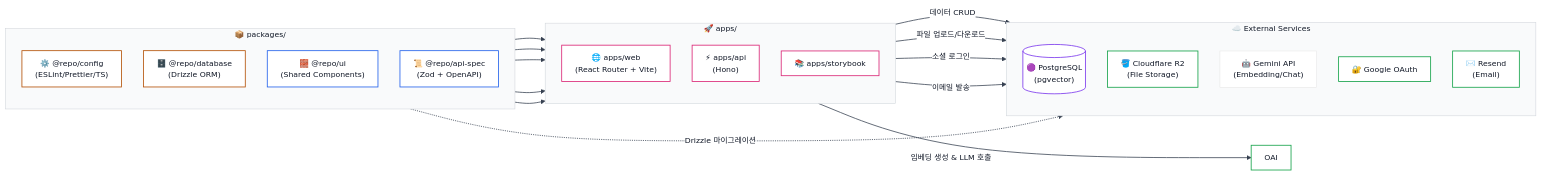
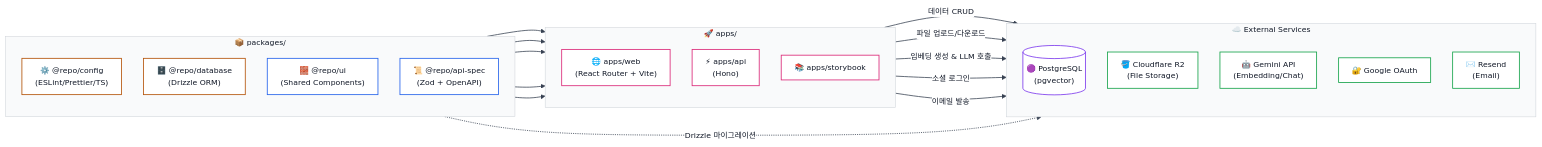
Before and after one commit to qaws7791/turbo-hono-next: the diagram in README.md, drawn with Mermaid. The commit also changed other lines of this file and 9 other files, not shown here.

```diff
--- a/README.md
+++ b/README.md
@@ -250,7 +248,7 @@
   DB -.->|"Drizzle 마이그레이션"| PG
   API -->|"데이터 CRUD"| PG
   API -->|"파일 업로드/다운로드"| R2
-  API -->|"임베딩 생성 & LLM 호출"| OAI
+  API -->|"임베딩 생성 & LLM 호출"| GEM
   API -->|"소셜 로그인"| GOOG
   API -->|"이메일 발송"| RS
 
@@ -268,7 +266,7 @@
   class DB tool;
   class CFG tool;
   class PG db;
-  class R2,OAI,GOOG,RS ext;
+  class R2,GEM,GOOG,RS ext;
 
   %% Hide invisible alignment links (index 0, 1)
   linkStyle 0 stroke:none,stroke-width:0;
```
